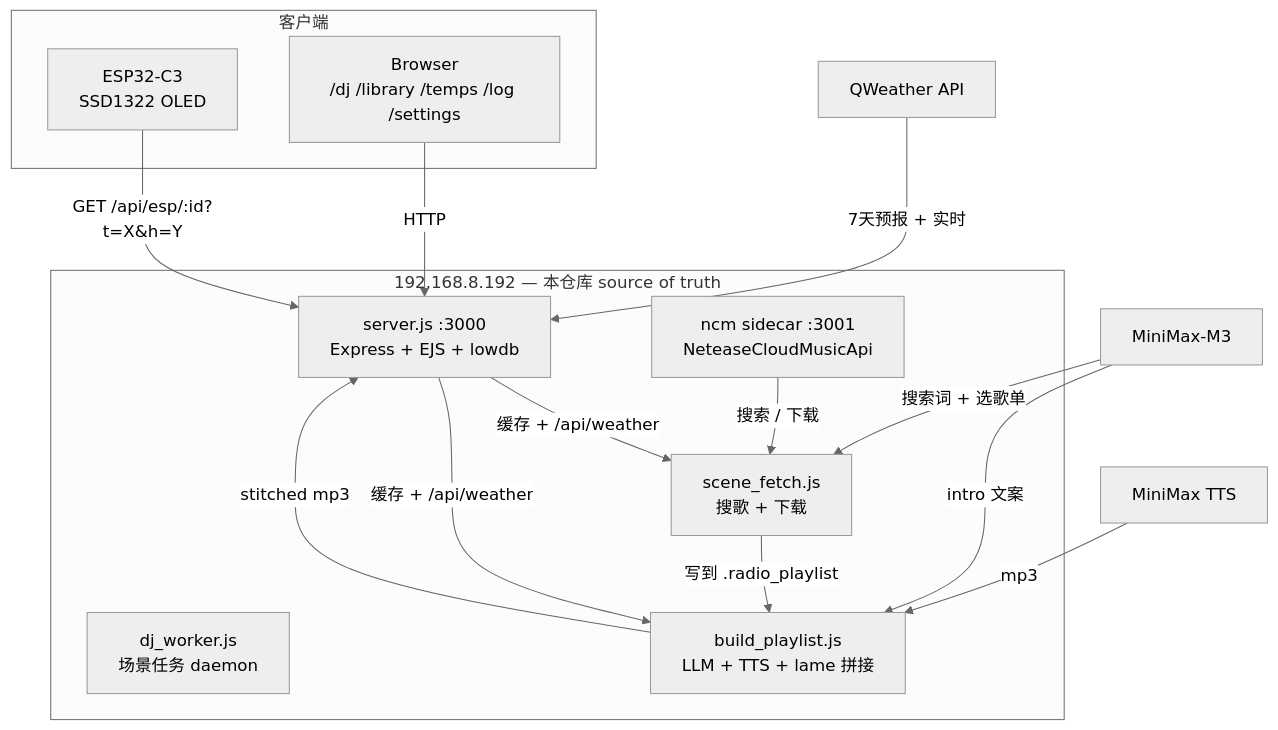
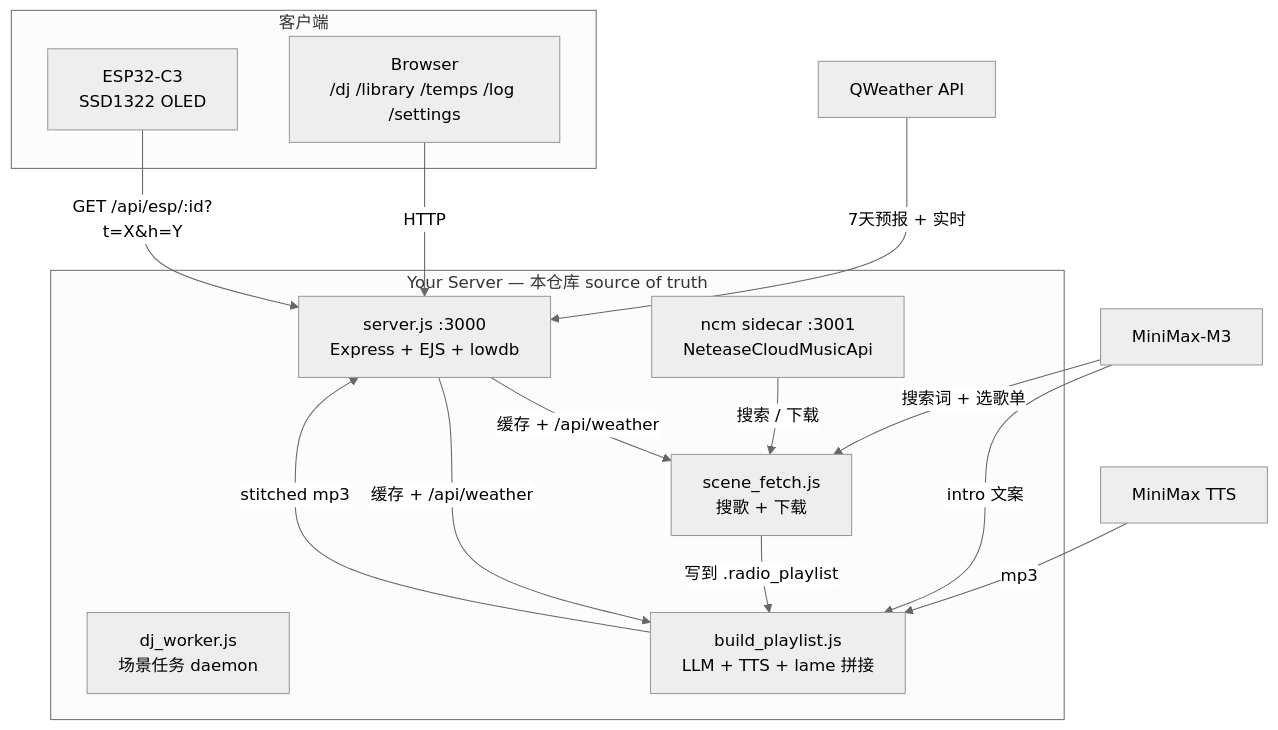
One commit to llinzzi/slumbercube-server changed the first of 2 diagrams in README.md. Above: the diagram before and after it, drawn with Mermaid (neutral theme). The commit also changed other lines of this file and 19 other files, not shown here.

````diff
--- a/README.md
+++ b/README.md
@@ -44,28 +44,28 @@
 ```mermaid
 graph TB
-  subgraph "192.168.8.192 — 本仓库 source of truth"
+  subgraph "Your Server — 本仓库 source of truth"
     S[server.js :3000<br/>Express + EJS + lowdb]
     W[dj_worker.js<br/>场景任务 daemon]
     N[ncm sidecar :3001<br/>NeteaseCloudMusicApi]
     SC[scene_fetch.js<br/>搜歌 + 下载]
     BP[build_playlist.js<br/>LLM + TTS + lame 拼接]
   end
 
   QW[QWeather API] -->|7天预报 + 实时| S
   S -->|缓存 + /api/weather| SC
   S -->|缓存 + /api/weather| BP
   LLM[MiniMax-M3] -->|intro 文案| BP
   TTS[MiniMax TTS] -->|mp3| BP
   LLM -->|搜索词 + 选歌单| SC
   N -->|搜索 / 下载| SC
   SC -->|写到 .radio_playlist| BP
   BP -->|stitched mp3| S
 
   subgraph "客户端"
     ESP[ESP32-C3<br/>SSD1322 OLED]
     BR[Browser<br/>/dj /library /temps /log /settings]
   end
 
   ESP -->|GET /api/esp/:id?t=X&h=Y| S
   BR -->|HTTP| S
 ```
````
